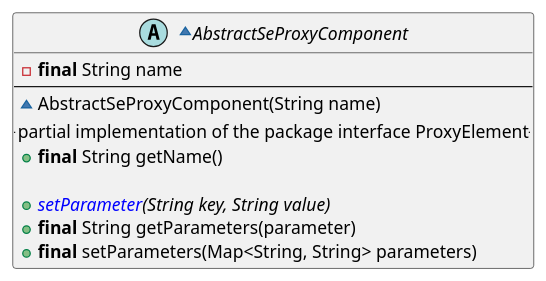
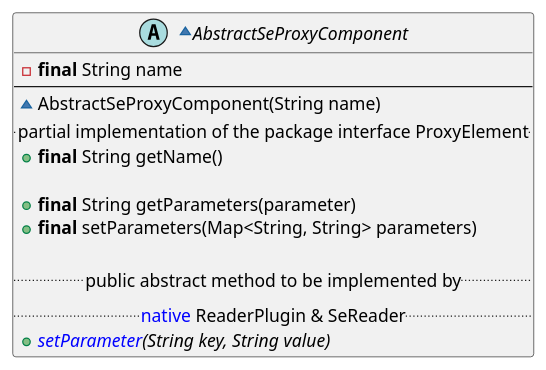
One commit to calypsonet/keyple changed diagram 18 of 29 in src/KeypleCoreApi/PluginApi/puml/KeypleCore-PluginApi-ClassDiag-SE_Proxy-ClassElements.iuml. Above: the diagram before and after it, drawn with PlantUML. The commit also changed other lines of this file and 4 other files, not shown here.

```diff
--- a/src/KeypleCoreApi/PluginApi/puml/KeypleCore-PluginApi-ClassDiag-SE_Proxy-ClassElements.iuml
+++ b/src/KeypleCoreApi/PluginApi/puml/KeypleCore-PluginApi-ClassDiag-SE_Proxy-ClassElements.iuml
@@ -311,13 +311,16 @@
 @startuml(id=PLUGIN_CONFIGURABLE_0_9)
 ~abstract AbstractSeProxyComponent {
   -<b>final</b> String name
   --
   ~AbstractSeProxyComponent(String name)
   .. partial implementation of the package interface ProxyElement ..
   +<b>final</b> String getName()
 
-  +{abstract} <color:blue>setParameter</color>(String key, String value)
   +<b>final</b> String getParameters(parameter)
   +<b>final</b> setParameters(Map<String, String> parameters)
+
+  .. public abstract method to be implemented by ..
+  .. <color:blue>native</color> ReaderPlugin & SeReader ..
+  +{abstract} <color:blue>setParameter</color>(String key, String value)
 }
 @enduml
```
